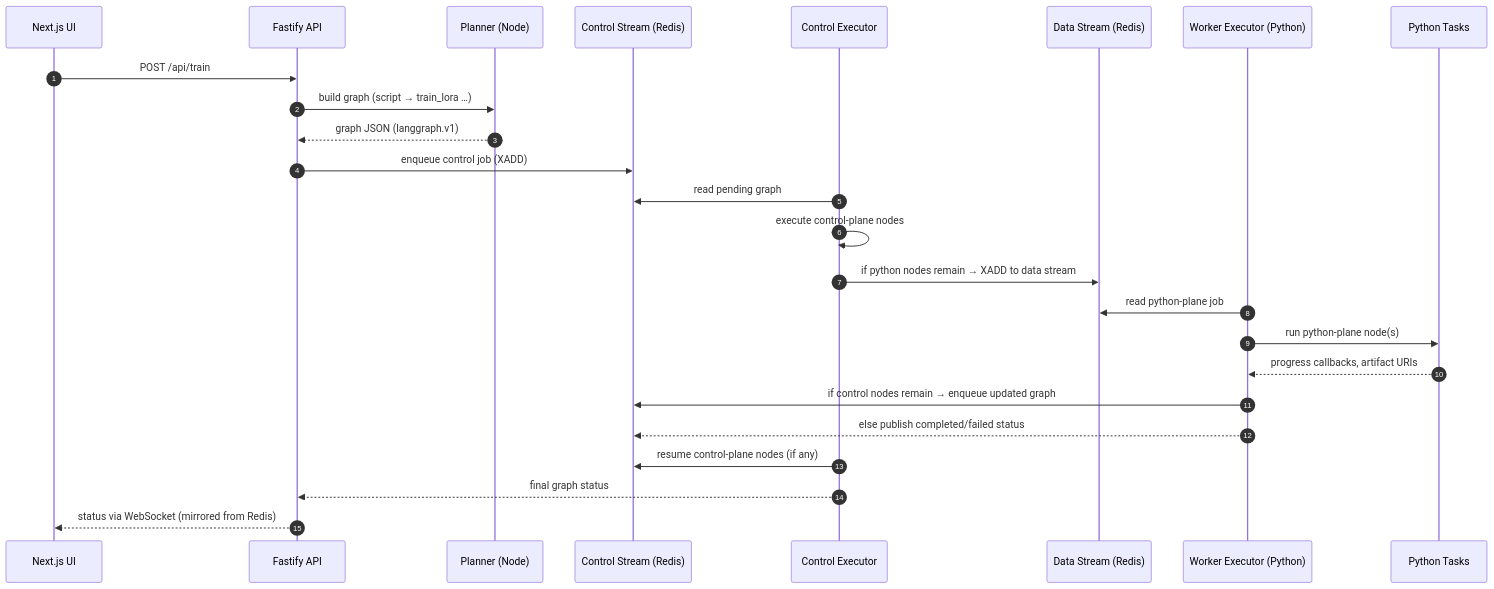
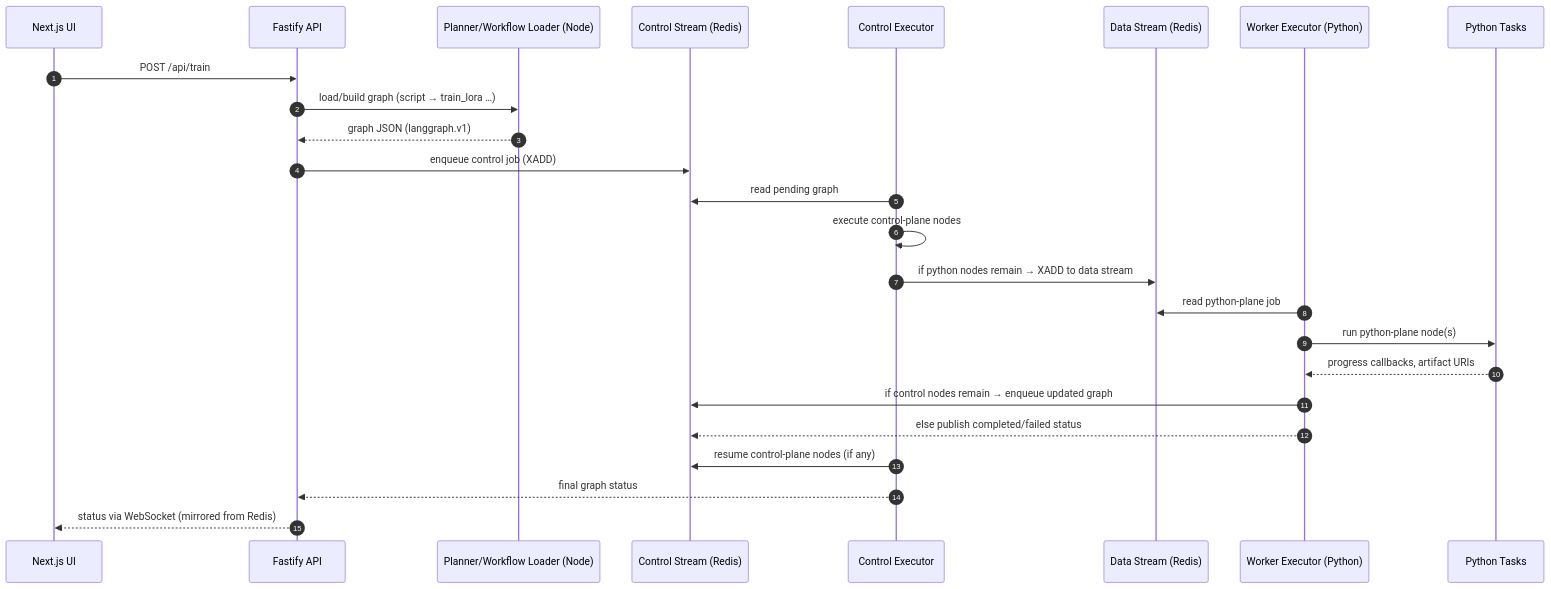
One commit to ktzevani/myspinbot changed the third of 7 diagrams in docs/02_architecture_overview.md. Above: the diagram before and after it, drawn with Mermaid. The commit also changed other lines of this file and 3 other files, not shown here.

````diff
--- a/docs/02_architecture_overview.md
+++ b/docs/02_architecture_overview.md
@@ -183,31 +183,31 @@
 ```mermaid
 sequenceDiagram
     autonumber
     participant UI as Next.js UI
     participant API as Fastify API
-    participant PL as Planner (Node)
+    participant PL as Planner/Workflow Loader (Node)
     participant CQ as Control Stream (Redis)
     participant CE as Control Executor
     participant DQ as Data Stream (Redis)
     participant WE as Worker Executor (Python)
     participant TK as Python Tasks
 
     UI->>API: POST /api/train
-    API->>PL: build graph (script → train_lora …)
+    API->>PL: load/build graph (script → train_lora …)
     PL-->>API: graph JSON (langgraph.v1)
     API->>CQ: enqueue control job (XADD)
 
     CE->>CQ: read pending graph
     CE->>CE: execute control-plane nodes
     CE->>DQ: if python nodes remain → XADD to data stream
 
     WE->>DQ: read python-plane job
     WE->>TK: run python-plane node(s)
     TK-->>WE: progress callbacks, artifact URIs
     WE->>CQ: if control nodes remain → enqueue updated graph
     WE-->>CQ: else publish completed/failed status
 
     CE->>CQ: resume control-plane nodes (if any)
     CE-->>API: final graph status
     API-->>UI: status via WebSocket (mirrored from Redis)
 ```
````
